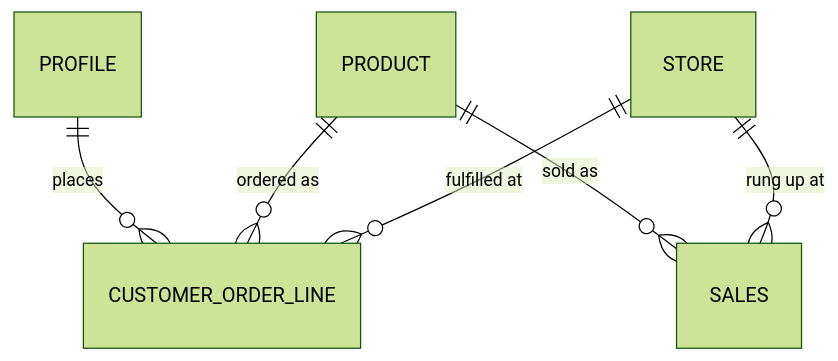
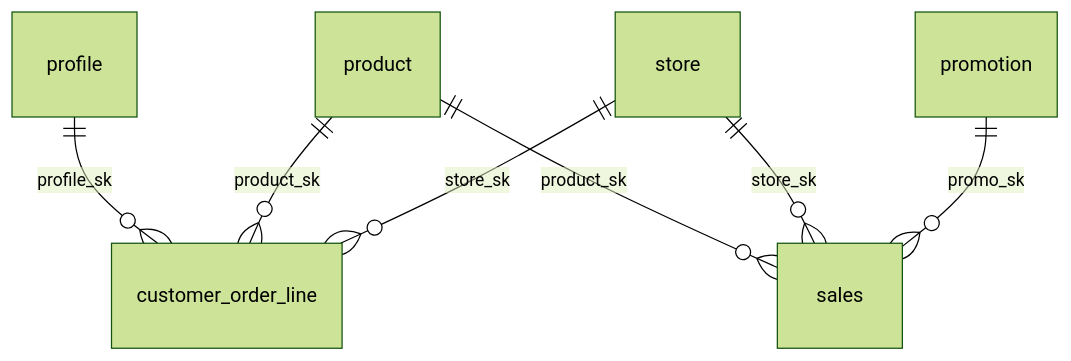
Before and after one commit to databricks-industry-solutions/open-retail-data-model: the diagram in README.md, drawn with Mermaid (forest theme). The commit also changed other lines of this file and 17 other files, not shown here.

````diff
--- a/README.md
+++ b/README.md
@@ -130,8 +132,9 @@
 ```mermaid
 erDiagram
-    PROFILE ||--o{ CUSTOMER_ORDER_LINE : places
-    PRODUCT ||--o{ CUSTOMER_ORDER_LINE : "ordered as"
-    STORE   ||--o{ CUSTOMER_ORDER_LINE : "fulfilled at"
-    PRODUCT ||--o{ SALES : "sold as"
-    STORE   ||--o{ SALES : "rung up at"
+    profile ||--o{ customer_order_line : "profile_sk"
+    product ||--o{ customer_order_line : "product_sk"
+    store ||--o{ customer_order_line : "store_sk"
+    product ||--o{ sales : "product_sk"
+    store ||--o{ sales : "store_sk"
+    promotion ||--o{ sales : "promo_sk"
 ```
````
